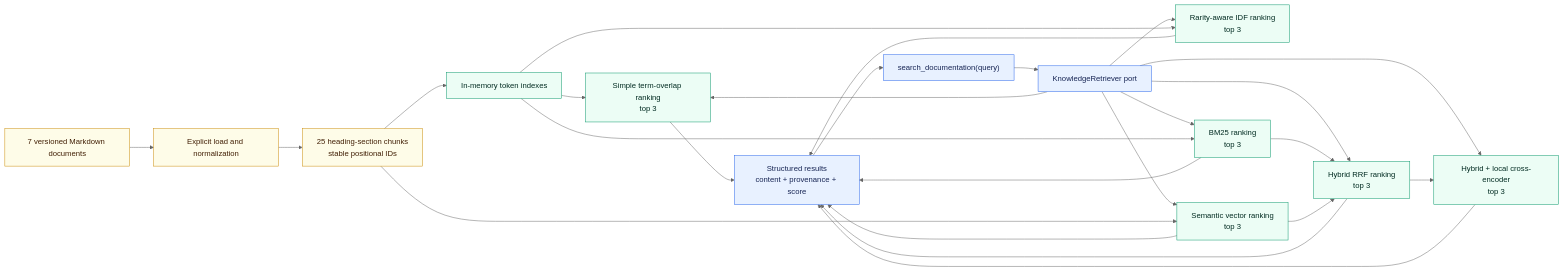
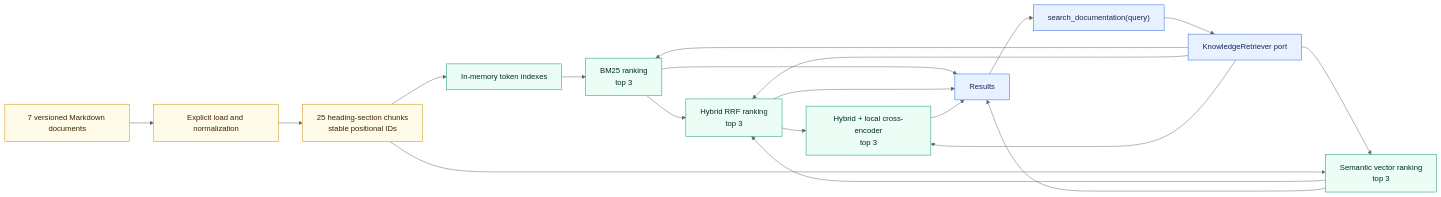
The fourth of 13 diagrams in docs/architecture/overview.md (aboerzel/industrial-ai-agent), drawn with Mermaid (neutral theme) before and after one commit. The commit also changed other lines of this file and 28 other files, not shown here.

````diff
--- a/docs/architecture/overview.md
+++ b/docs/architecture/overview.md
@@ -239,34 +233,28 @@
 ```mermaid
 flowchart LR
     Docs["7 versioned Markdown documents"] --> Load["Explicit load and normalization"]
     Load --> Chunk["25 heading-section chunks<br/>stable positional IDs"]
     Chunk --> Index["In-memory token indexes"]
     Query["search_documentation(query)"] --> Port["KnowledgeRetriever port"]
-    Port --> Simple["Simple term-overlap ranking<br/>top 3"]
-    Port --> IDFSearch["Rarity-aware IDF ranking<br/>top 3"]
     Port --> BM25Search["BM25 ranking<br/>top 3"]
     Port --> SemanticSearch["Semantic vector ranking<br/>top 3"]
     Port --> HybridSearch["Hybrid RRF ranking<br/>top 3"]
     Port --> RerankedSearch["Hybrid + local cross-encoder<br/>top 3"]
-    Index --> Simple
-    Index --> IDFSearch
     Index --> BM25Search
     Chunk --> SemanticSearch
     BM25Search --> HybridSearch
     SemanticSearch --> HybridSearch
     HybridSearch --> RerankedSearch
-    Simple --> Results["Structured results<br/>content + provenance + score"]
-    IDFSearch --> Results
     BM25Search --> Results
     SemanticSearch --> Results
     HybridSearch --> Results
     RerankedSearch --> Results
     Results --> Query
 
     classDef data fill:#fefce8,stroke:#ca8a04,color:#422006
     classDef core fill:#e8f1ff,stroke:#2563eb,color:#172554
     classDef adapter fill:#ecfdf5,stroke:#059669,color:#022c22
     class Docs,Load,Chunk data
     class Query,Port,Results core
-    class Index,Simple,IDFSearch,BM25Search,SemanticSearch,HybridSearch,RerankedSearch adapter
+    class Index,BM25Search,SemanticSearch,HybridSearch,RerankedSearch adapter
 ```
````
